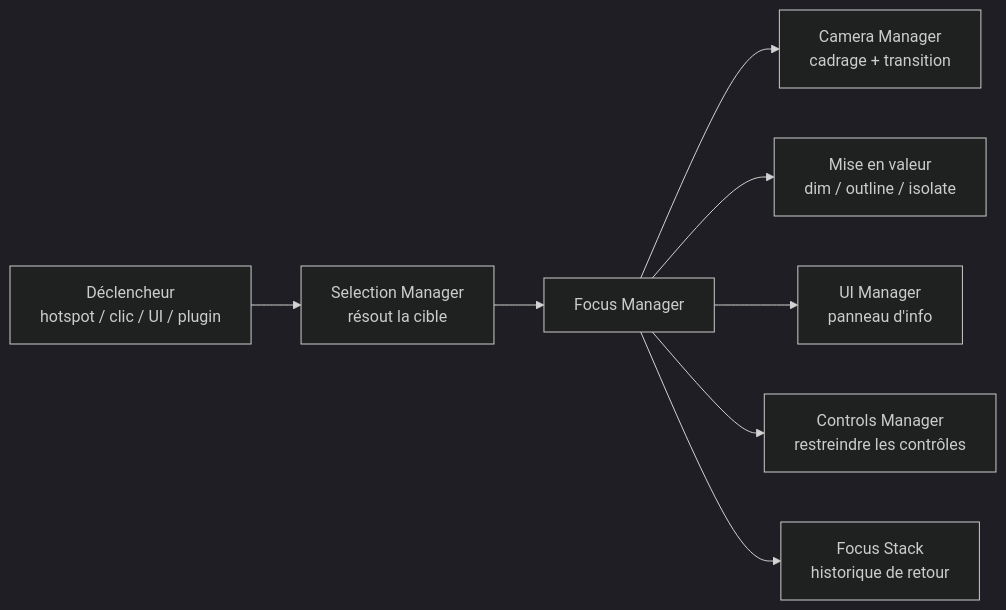
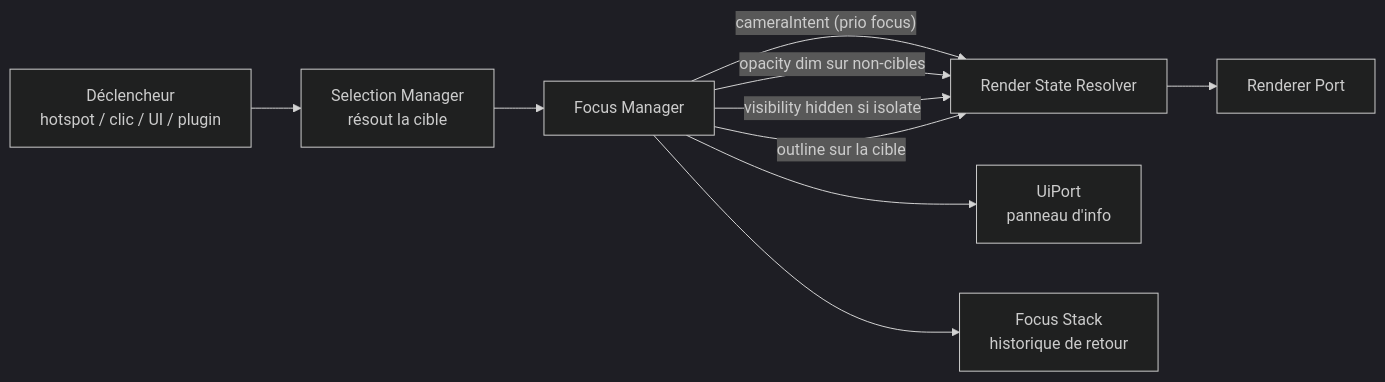
The first of 3 diagrams in docs/08-focus-system.md (GabMDA/explorer-engine), drawn with Mermaid (dark theme) before and after one commit. The commit also changed other lines of this file and 3 other files, not shown here.

First line of the commit message:
docs: add declarative render state resolver

````diff
--- a/docs/08-focus-system.md
+++ b/docs/08-focus-system.md
@@ -11,10 +11,12 @@
 ```mermaid
 graph LR
     A[Déclencheur<br/>hotspot / clic / UI / plugin] --> B[Selection Manager<br/>résout la cible]
     B --> C[Focus Manager]
-    C --> D[Camera Manager<br/>cadrage + transition]
-    C --> E[Mise en valeur<br/>dim / outline / isolate]
-    C --> F[UI Manager<br/>panneau d'info]
-    C --> G[Controls Manager<br/>restreindre les contrôles]
-    C --> H[Focus Stack<br/>historique de retour]
+    C -->|"cameraIntent (prio focus)"| RSR[Render State Resolver]
+    C -->|"opacity dim sur non-cibles"| RSR
+    C -->|"visibility hidden si isolate"| RSR
+    C -->|"outline sur la cible"| RSR
+    C --> UI[UiPort<br/>panneau d'info]
+    C --> STACK[Focus Stack<br/>historique de retour]
+    RSR --> ADAP[Renderer Port]
 ```
````
